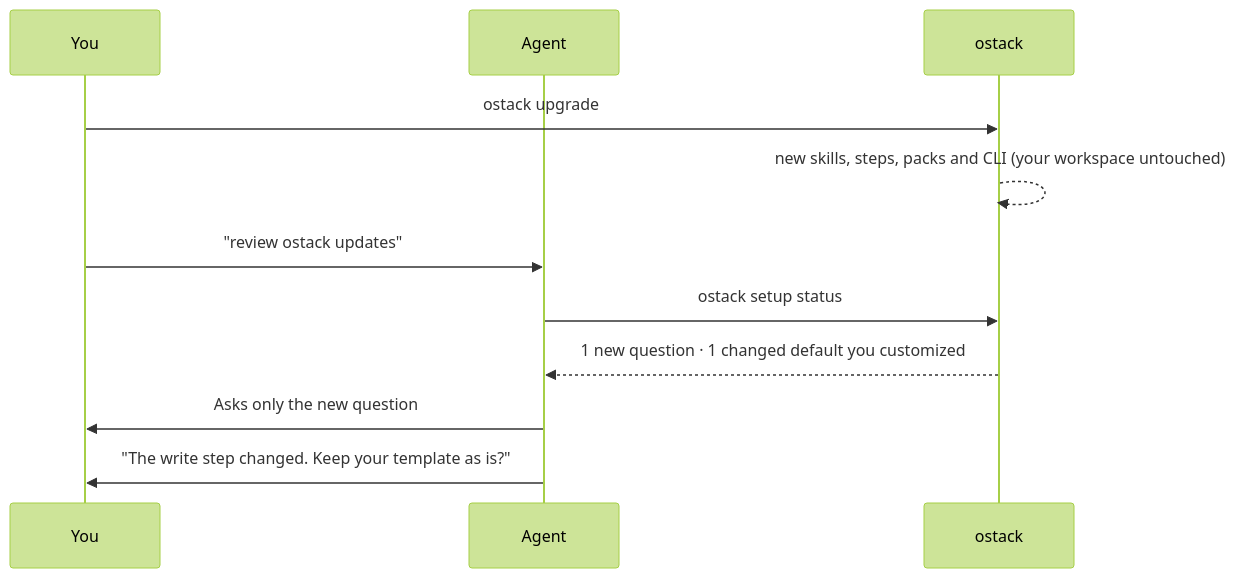
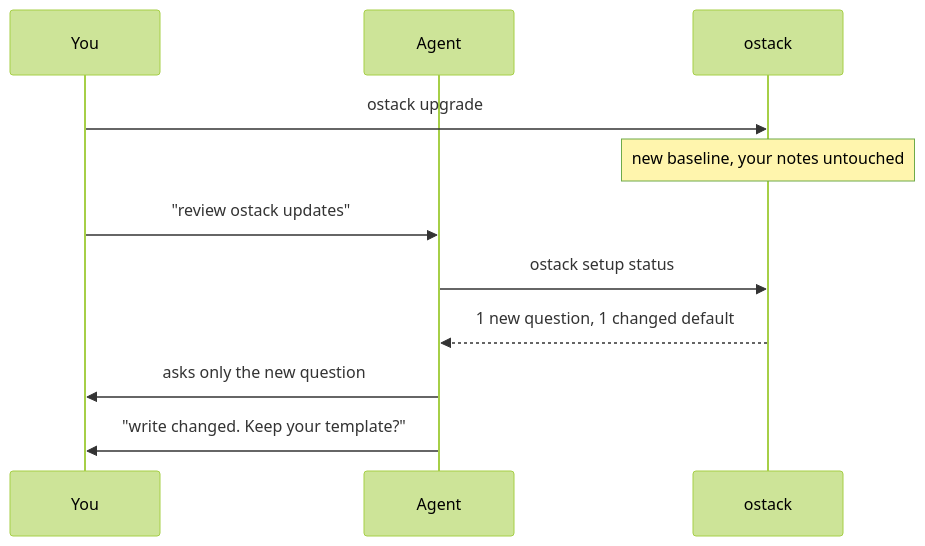
The second of 2 diagrams in README.md (o11-ai/ostack), drawn with Mermaid (forest theme) before and after one commit. The commit also changed other lines of this file and 2 other files, not shown here.

Commit message:
README: image for the layer stack, larger diagrams, clearer table

````diff
--- a/README.md
+++ b/README.md
@@ -141,13 +138,13 @@
 ```mermaid
 sequenceDiagram
   participant You
   participant Agent
   participant ostack
   You->>ostack: ostack upgrade
-  ostack-->>ostack: new skills, steps, packs and CLI (your workspace untouched)
+  Note over ostack: new baseline, your notes untouched
   You->>Agent: "review ostack updates"
   Agent->>ostack: ostack setup status
-  ostack-->>Agent: 1 new question · 1 changed default you customized
-  Agent->>You: Asks only the new question
-  Agent->>You: "The write step changed. Keep your template as is?"
+  ostack-->>Agent: 1 new question, 1 changed default
+  Agent->>You: asks only the new question
+  Agent->>You: "write changed. Keep your template?"
 ```
````
